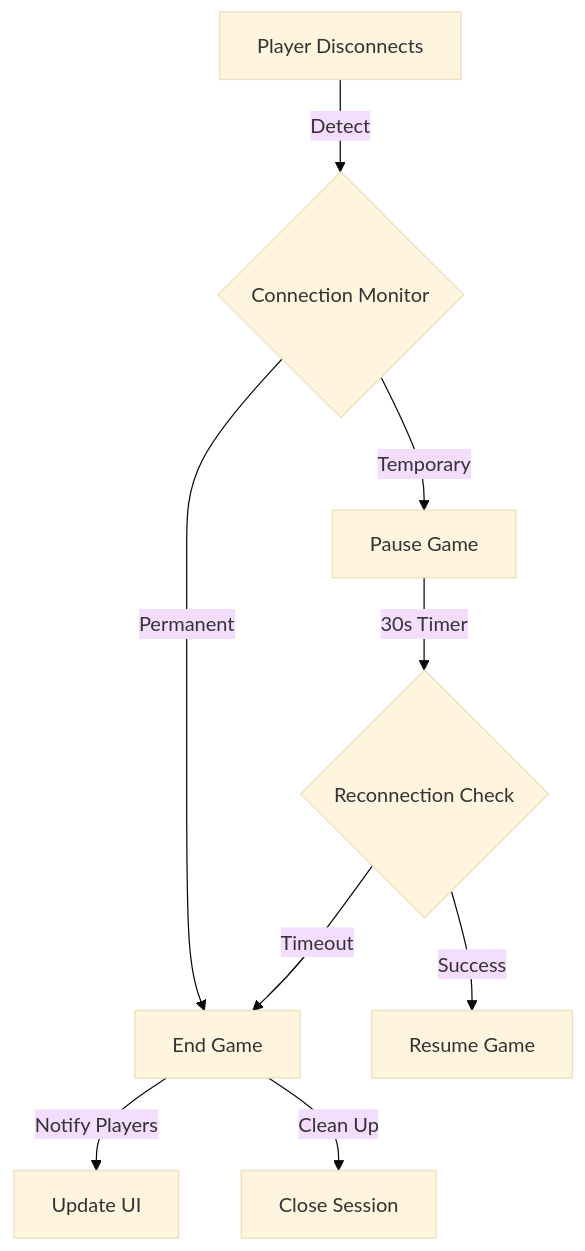
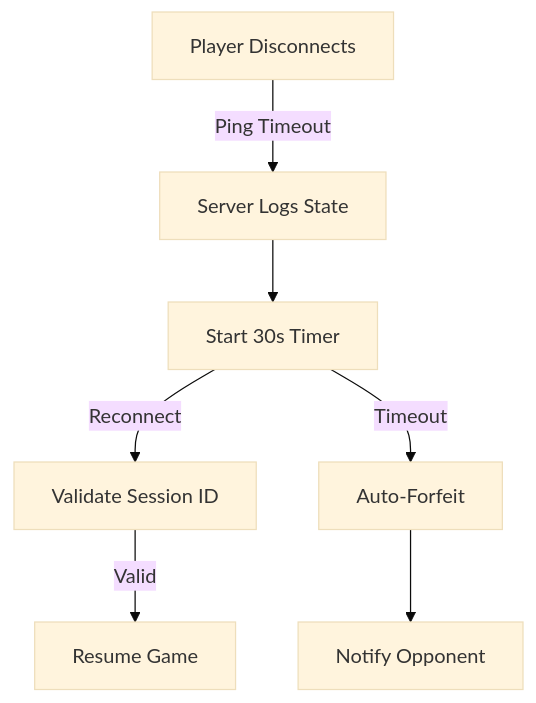
The diagram in docs/networking/ErrorHandlingIdeas.md (ShakH00/OMGame), drawn with Mermaid (base theme) before and after one commit. The commit also changed other lines of this file, not shown here.

````diff
--- a/docs/networking/ErrorHandlingIdeas.md
+++ b/docs/networking/ErrorHandlingIdeas.md
@@ -235,13 +118,9 @@
 ```mermaid
 flowchart TD
-    A[Player Disconnects] -->|Detect| B{Connection Monitor}
-    B -->|Temporary| C[Pause Game]
-    B -->|Permanent| D[End Game]
-
-    C -->|30s Timer| E{Reconnection Check}
-    E -->|Success| F[Resume Game]
-    E -->|Timeout| D
-
-    D -->|Notify Players| G[Update UI]
-    D -->|Clean Up| H[Close Session]
+    A[Player Disconnects] -->|Ping Timeout| B[Server Logs State]
+    B --> C[Start 30s Timer]
+    C -->|Reconnect| D[Validate Session ID]
+    D -->|Valid| E[Resume Game]
+    C -->|Timeout| F[Auto-Forfeit]
+    F --> G[Notify Opponent]
 ```
````
